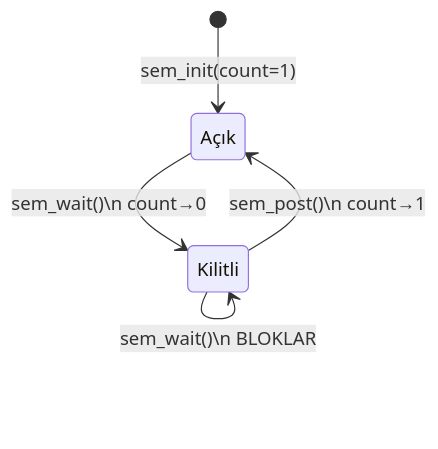
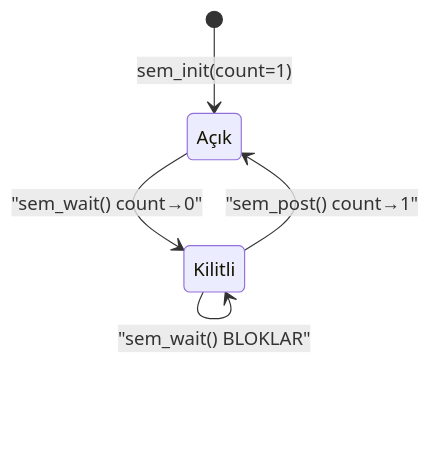
The sixth of 11 diagrams in docs/md/communication/ipc.md (serkanMzlm/MechatronicsNotebook), drawn with Mermaid before and after one commit. The commit also changed other lines of this file and 2 other files, not shown here.

````diff
--- a/docs/md/communication/ipc.md
+++ b/docs/md/communication/ipc.md
@@ -374,7 +228,7 @@
 ```mermaid
 stateDiagram-v2
     [*] --> Açık: sem_init(count=1)
-    Açık --> Kilitli: sem_wait()\n count→0
-    Kilitli --> Açık: sem_post()\n count→1
-    Kilitli --> Kilitli: sem_wait()\n BLOKLAR
+    Açık --> Kilitli: "sem_wait() count→0"
+    Kilitli --> Açık: "sem_post() count→1"
+    Kilitli --> Kilitli: "sem_wait() BLOKLAR"
 ```
````
